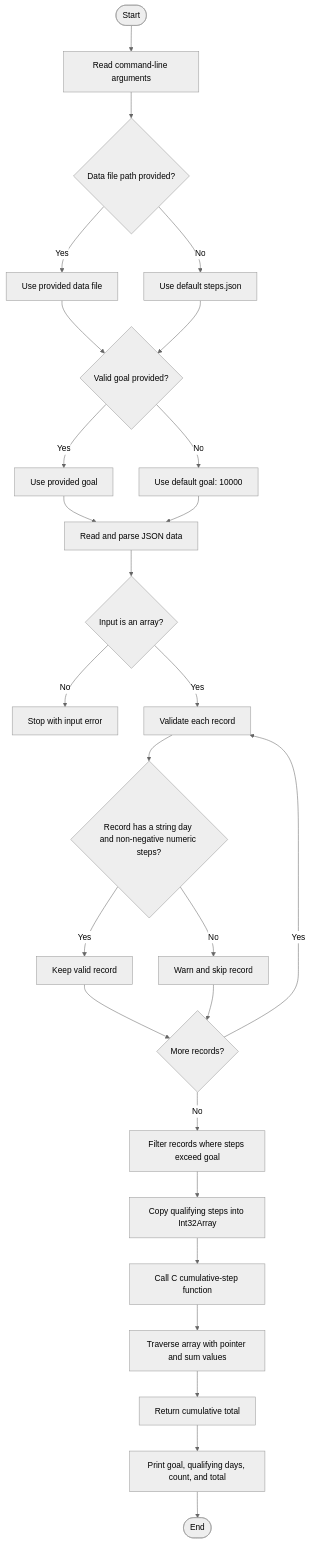
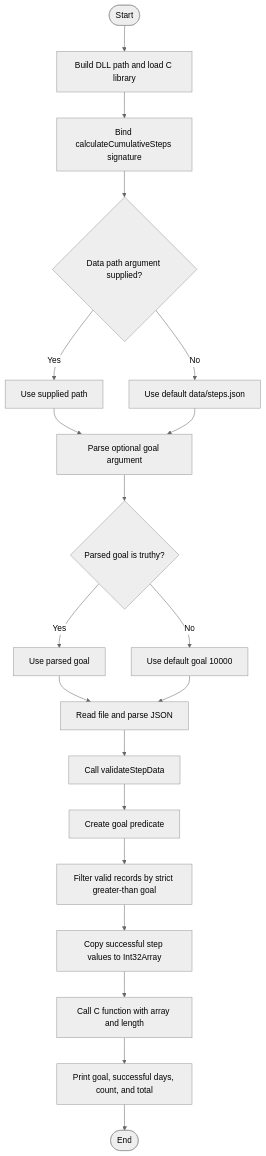
Before and after one commit to habibullah-m/step-counter: the third of 5 diagrams in flowchart.md, drawn with Mermaid (neutral theme). The commit also changed other lines of this file and 8 other files, not shown here.

````diff
--- a/flowchart.md
+++ b/flowchart.md
@@ -3,29 +39,22 @@
 ```mermaid
 flowchart TD
-    A([Start]) --> B[Read command-line arguments]
-    B --> C{Data file path provided?}
-    C -- Yes --> D[Use provided data file]
-    C -- No --> E[Use default steps.json]
-    D --> F{Valid goal provided?}
-    E --> F
-    F -- Yes --> G[Use provided goal]
-    F -- No --> H[Use default goal: 10000]
-    G --> I[Read and parse JSON data]
-    H --> I
-    I --> J{Input is an array?}
-    J -- No --> K[Stop with input error]
-    J -- Yes --> L[Validate each record]
-    L --> M{Record has a string day and non-negative numeric steps?}
-    M -- Yes --> N[Keep valid record]
-    M -- No --> O[Warn and skip record]
-    N --> P{More records?}
-    O --> P
-    P -- Yes --> L
-    P -- No --> Q[Filter records where steps exceed goal]
-    Q --> R[Copy qualifying steps into Int32Array]
-    R --> S[Call C cumulative-step function]
-    S --> T[Traverse array with pointer and sum values]
-    T --> U[Return cumulative total]
-    U --> V[Print goal, qualifying days, count, and total]
-    V --> W([End])
+  A([Start]) --> B[Build DLL path and load C library]
+  B --> C[Bind calculateCumulativeSteps signature]
+  C --> D{Data path argument supplied?}
+  D -- Yes --> E[Use supplied path]
+  D -- No --> F[Use default data/steps.json]
+  E --> G[Parse optional goal argument]
+  F --> G
+  G --> H{Parsed goal is truthy?}
+  H -- Yes --> I[Use parsed goal]
+  H -- No --> J[Use default goal 10000]
+  I --> K[Read file and parse JSON]
+  J --> K
+  K --> L[Call validateStepData]
+  L --> M[Create goal predicate]
+  M --> N[Filter valid records by strict greater-than goal]
+  N --> O[Copy successful step values to Int32Array]
+  O --> P[Call C function with array and length]
+  P --> Q[Print goal, successful days, count, and total]
+  Q --> R([End])
 ```
````
